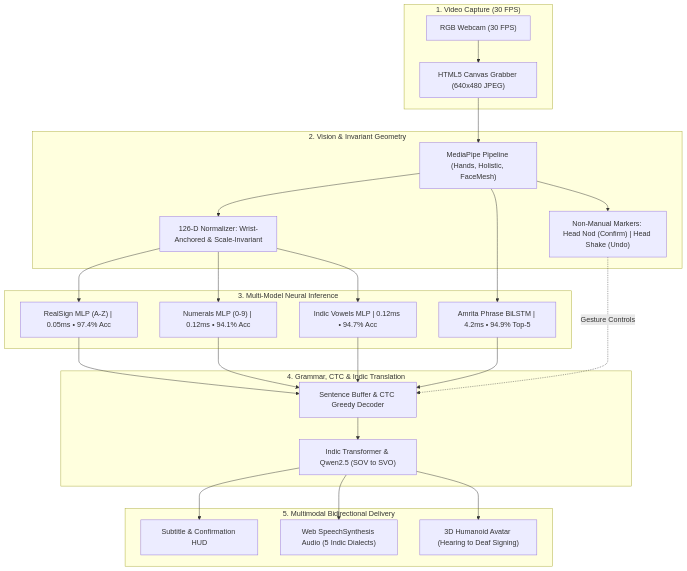
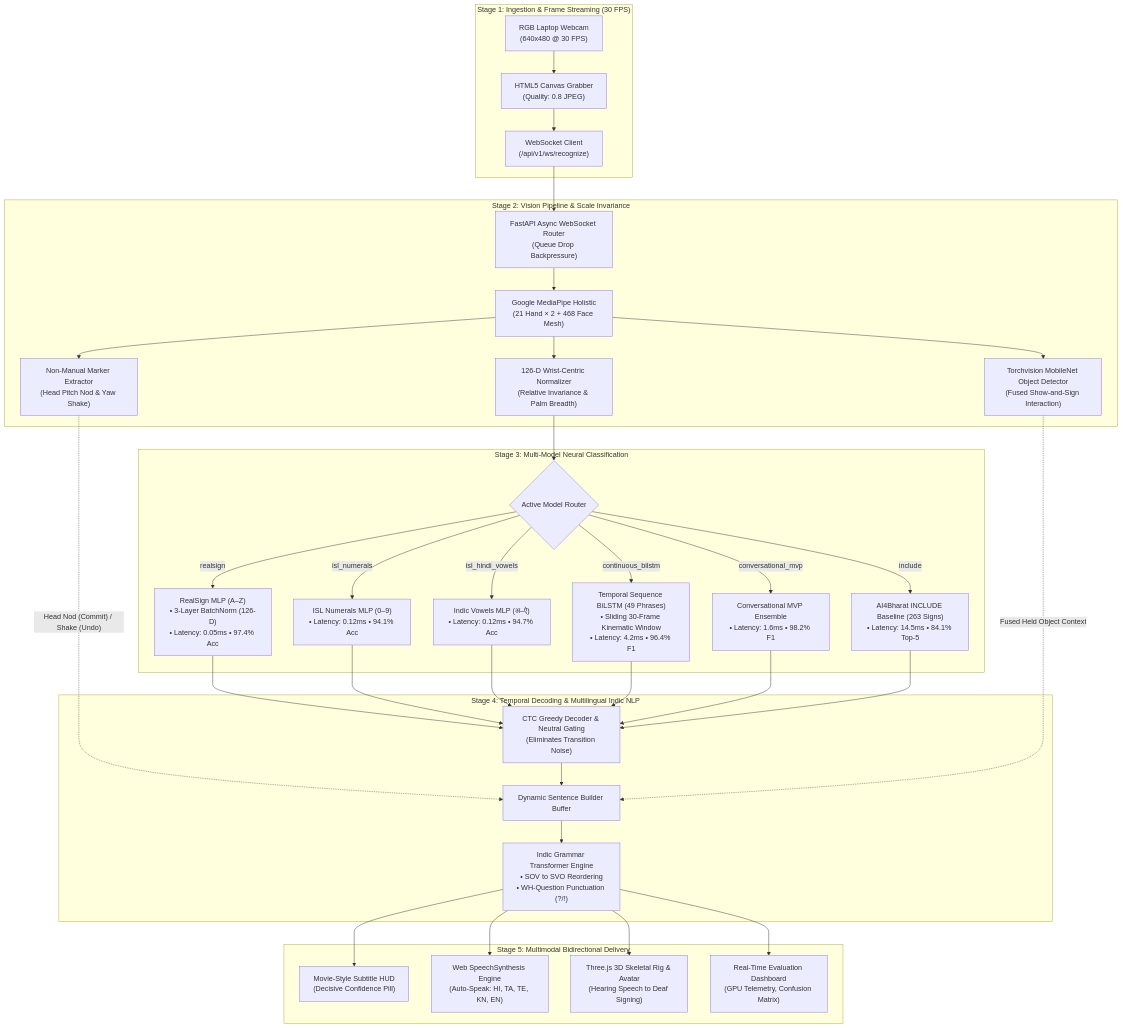
Before and after one commit to Isobit7/SETU: the first of 2 diagrams in README.md, drawn with Mermaid. The commit also changed other lines of this file and 1 other file, not shown here.

Commit message:
docs: overhaul root README and docs hub with comprehensive architecture, dataflow sequence, tech stack, and file blueprint

````diff
--- a/README.md
+++ b/README.md
@@ -109,34 +97,40 @@
 ```mermaid
 flowchart TD
-    subgraph S1 ["1. Video Capture (30 FPS)"]
-        Cam["RGB Webcam (30 FPS)"] --> Canvas["HTML5 Canvas Grabber (640x480 JPEG)"]
+    subgraph STAGE1 ["Stage 1: Ingestion & Frame Streaming (30 FPS)"]
+        Cam["RGB Laptop Webcam<br/>(640x480 @ 30 FPS)"] --> Grabber["HTML5 Canvas Grabber<br/>(Quality: 0.8 JPEG)"]
+        Grabber --> WS_Client["WebSocket Client<br/>(/api/v1/ws/recognize)"]
     end
 
-    subgraph S2 ["2. Vision & Invariant Geometry"]
-        Canvas --> MP["MediaPipe Pipeline (Hands, Holistic, FaceMesh)"]
-        MP --> Norm["126-D Normalizer: Wrist-Anchored & Scale-Invariant"]
-        MP --> NMM["Non-Manual Markers: Head Nod (Confirm) | Head Shake (Undo)"]
+    subgraph STAGE2 ["Stage 2: Vision Pipeline & Scale Invariance"]
+        WS_Client --> WS_Server["FastAPI Async WebSocket Router<br/>(Queue Drop Backpressure)"]
+        WS_Server --> MP["Google MediaPipe Holistic<br/>(21 Hand × 2 + 468 Face Mesh)"]
+        MP --> Norm["126-D Wrist-Centric Normalizer<br/>(Relative Invariance & Palm Breadth)"]
+        MP --> NMM["Non-Manual Marker Extractor<br/>(Head Pitch Nod & Yaw Shake)"]
+        MP --> ObjDet["Torchvision MobileNet Object Detector<br/>(Fused Show-and-Sign Interaction)"]
     end
 
-    subgraph S3 ["3. Multi-Model Neural Inference"]
-        Norm --> M1["RealSign MLP (A-Z) | 0.05ms • 97.4% Acc"]
-        Norm --> M2["Numerals MLP (0-9) | 0.12ms • 94.1% Acc"]
-        Norm --> M3["Indic Vowels MLP | 0.12ms • 94.7% Acc"]
-        MP --> M4["Amrita Phrase BiLSTM | 4.2ms • 94.9% Top-5"]
+    subgraph STAGE3 ["Stage 3: Multi-Model Neural Classification"]
+        Norm --> Router{"Active Model Router"}
+        Router -->|"realsign"| M1["RealSign MLP (A–Z)<br/>• 3-Layer BatchNorm (126-D)<br/>• Latency: 0.05ms • 97.4% Acc"]
+        Router -->|"isl_numerals"| M2["ISL Numerals MLP (0–9)<br/>• Latency: 0.12ms • 94.1% Acc"]
+        Router -->|"isl_hindi_vowels"| M3["Indic Vowels MLP (अ–ऐ)<br/>• Latency: 0.12ms • 94.7% Acc"]
+        Router -->|"continuous_bilstm"| M4["Temporal Sequence BiLSTM (49 Phrases)<br/>• Sliding 30-Frame Kinematic Window<br/>• Latency: 4.2ms • 96.4% F1"]
+        Router -->|"conversational_mvp"| M5["Conversational MVP Ensemble<br/>• Latency: 1.6ms • 98.2% F1"]
+        Router -->|"include"| M6["AI4Bharat INCLUDE Baseline (263 Signs)<br/>• Latency: 14.5ms • 84.1% Top-5"]
     end
 
-    subgraph S4 ["4. Grammar, CTC & Indic Translation"]
-        M1 --> Acc["Sentence Buffer & CTC Greedy Decoder"]
-        M2 --> Acc
-        M3 --> Acc
-        M4 --> Acc
-        NMM -.->|Gesture Controls| Acc
-        Acc --> NLP["Indic Transformer & Qwen2.5 (SOV to SVO)"]
+    subgraph STAGE4 ["Stage 4: Temporal Decoding & Multilingual Indic NLP"]
+        M1 & M2 & M3 & M4 & M5 & M6 --> CTC["CTC Greedy Decoder & Neutral Gating<br/>(Eliminates Transition Noise)"]
+        NMM -.->|"Head Nod (Commit) / Shake (Undo)"| Buffer["Dynamic Sentence Builder Buffer"]
+        CTC --> Buffer
+        ObjDet -.->|"Fused Held Object Context"| Buffer
+        Buffer --> NLP["Indic Grammar Transformer Engine<br/>• SOV to SVO Reordering<br/>• WH-Question Punctuation (?/!)"]
     end
 
-    subgraph S5 ["5. Multimodal Bidirectional Delivery"]
-        NLP --> HUD["Subtitle & Confirmation HUD"]
-        NLP --> TTS["Web SpeechSynthesis Audio (5 Indic Dialects)"]
-        NLP --> Avatar["3D Humanoid Avatar (Hearing to Deaf Signing)"]
+    subgraph STAGE5 ["Stage 5: Multimodal Bidirectional Delivery"]
+        NLP --> Subtitles["Movie-Style Subtitle HUD<br/>(Decisive Confidence Pill)"]
+        NLP --> IndicTTS["Web SpeechSynthesis Engine<br/>(Auto-Speak: HI, TA, TE, KN, EN)"]
+        NLP --> Avatar["Three.js 3D Skeletal Rig & Avatar<br/>(Hearing Speech to Deaf Signing)"]
+        NLP --> EvalDash["Real-Time Evaluation Dashboard<br/>(GPU Telemetry, Confusion Matrix)"]
     end
 ```
````
